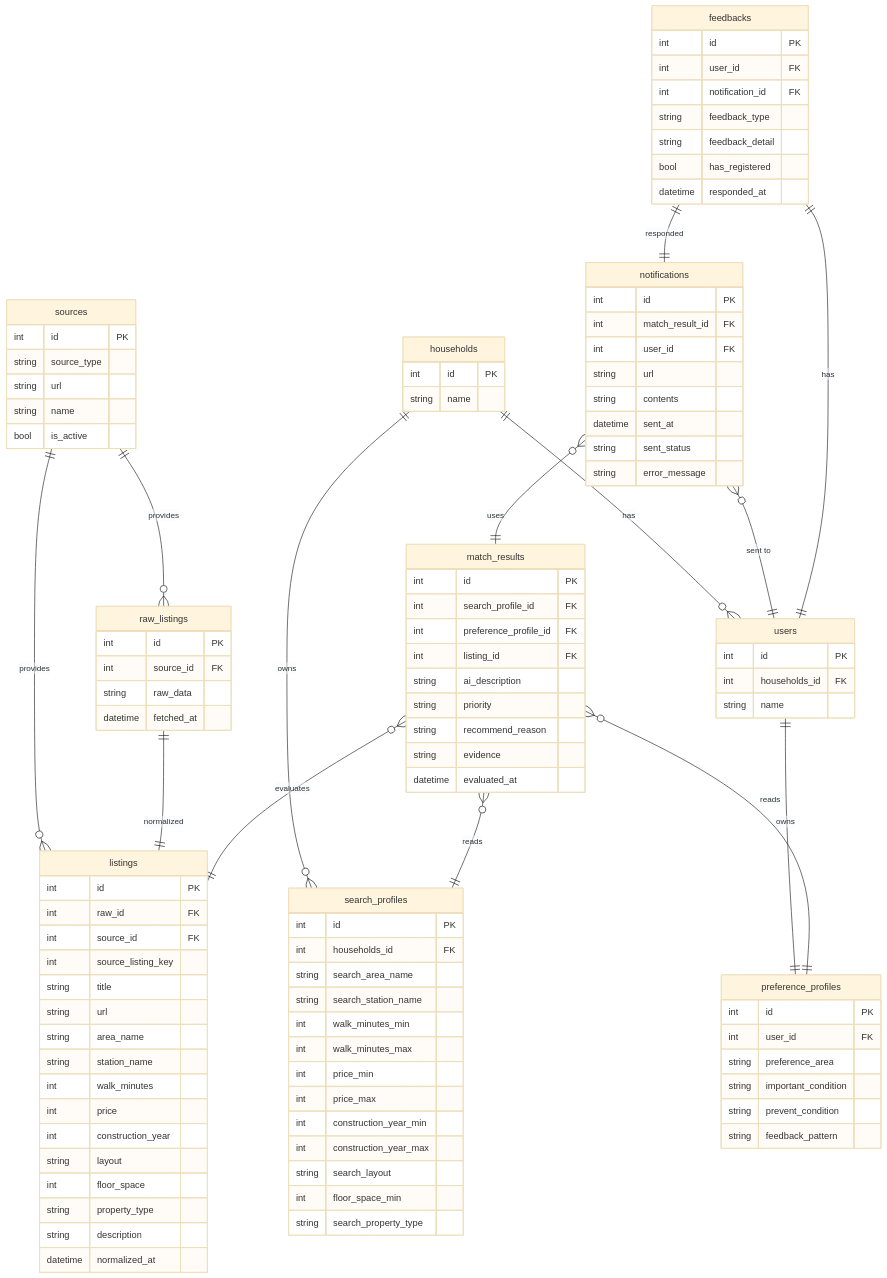
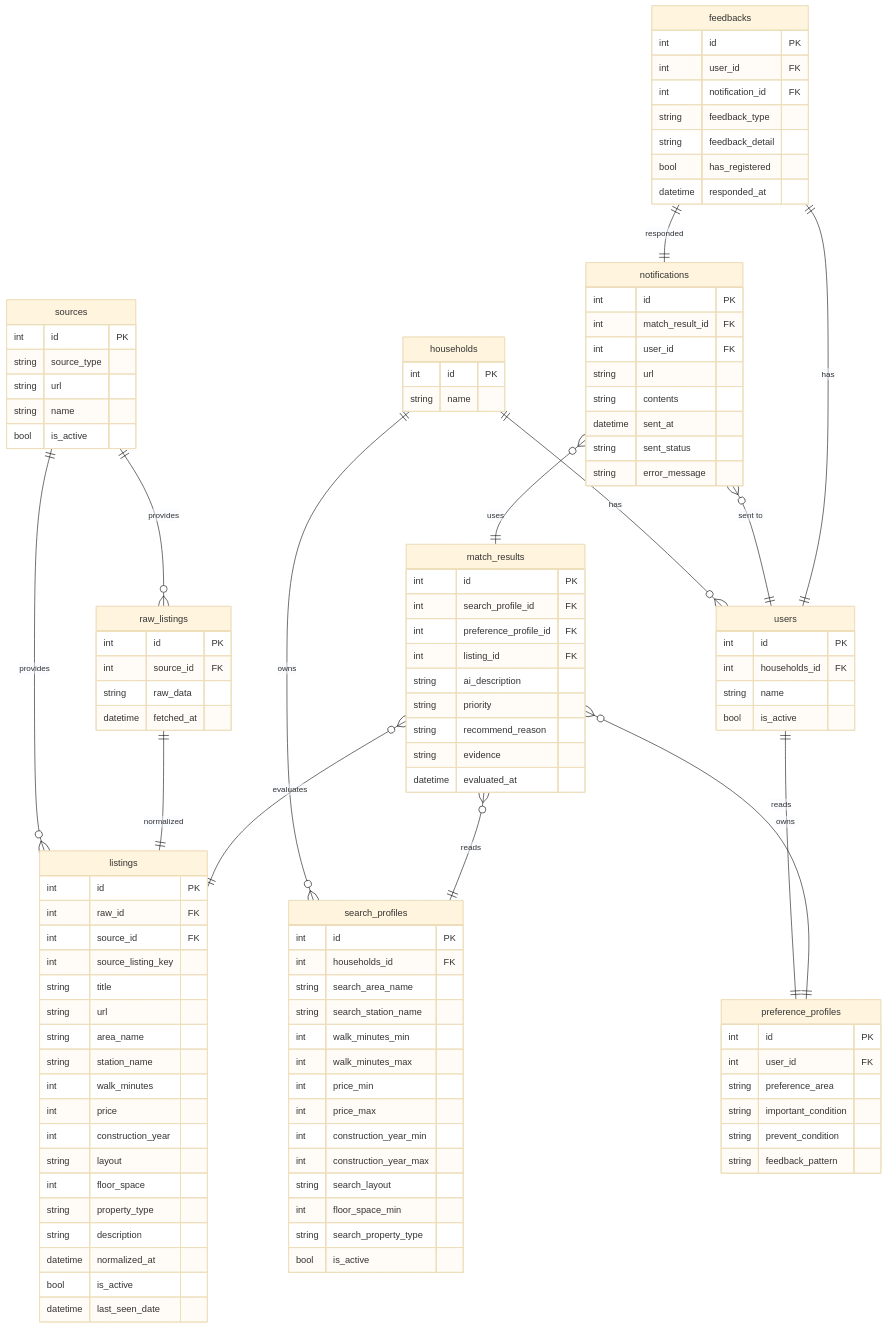
One commit to Ryota-Matsuda/HouseParchaseConcergeBot changed the diagram in docs/data-model.md. Above: the diagram before and after it, drawn with Mermaid (base theme). The commit also changed other lines of this file, not shown here.

```diff
--- a/docs/data-model.md
+++ b/docs/data-model.md
@@ -102,6 +102,7 @@
         int id PK
         int households_id FK
         string name
+        bool is_active
     }
 
     search_profiles{
@@ -118,6 +119,7 @@
         string search_layout
         int floor_space_min
         string search_property_type
+        bool is_active
     }
 
     preference_profiles{
@@ -161,6 +163,8 @@
         string property_type
         string description
         datetime normalized_at
+        bool is_active
+        datetime last_seen_date
     }
 
     match_results{
```
